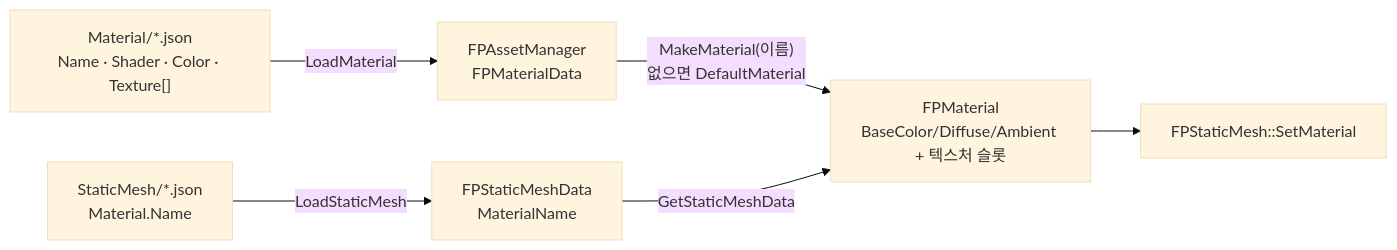
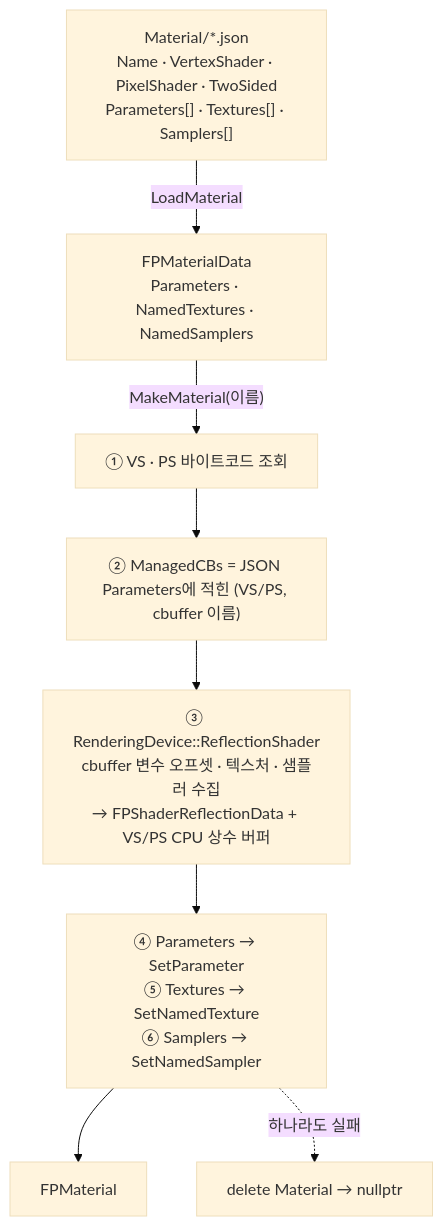
Diagram 12 of 16 in README.md (Gat-Young/ForestPearlEngine), drawn with Mermaid (base theme) before and after one commit. The commit also changed other lines of this file and 57 other files, not shown here.

Commit message:
:t-rex: : Shader Reflection, Update READM.md

````diff
--- a/README.md
+++ b/README.md
@@ -1283,8 +1285,10 @@
 ```mermaid
-flowchart LR
-    MJ["Material/*.json<br/>Name · Shader · Color · Texture[]"] -->|"LoadMaterial"| MD["FPAssetManager<br/>FPMaterialData"]
-    SMJ["StaticMesh/*.json<br/>Material.Name"] -->|"LoadStaticMesh"| SMD["FPStaticMeshData<br/>MaterialName"]
-    MD -->|"MakeMaterial(이름)<br/>없으면 DefaultMaterial"| FM["FPMaterial<br/>BaseColor/Diffuse/Ambient + 텍스처 슬롯"]
-    SMD -->|"GetStaticMeshData"| FM
-    FM --> SM["FPStaticMesh::SetMaterial"]
+flowchart TD
+    MJ["Material/*.json<br/>Name · VertexShader · PixelShader · TwoSided<br/>Parameters[] · Textures[] · Samplers[]"] -->|"LoadMaterial"| MD["FPMaterialData<br/>Parameters · NamedTextures · NamedSamplers"]
+    MD -->|"MakeMaterial(이름)"| S1["① VS · PS 바이트코드 조회"]
+    S1 --> S2["② ManagedCBs = JSON Parameters에 적힌 (VS/PS, cbuffer 이름)"]
+    S2 --> S3["③ RenderingDevice::ReflectionShader<br/>cbuffer 변수 오프셋 · 텍스처 · 샘플러 수집<br/>→ FPShaderReflectionData + VS/PS CPU 상수 버퍼"]
+    S3 --> S4["④ Parameters → SetParameter<br/>⑤ Textures → SetNamedTexture<br/>⑥ Samplers → SetNamedSampler"]
+    S4 --> FM["FPMaterial"]
+    S4 -.->|"하나라도 실패"| NIL["delete Material → nullptr"]
 ```
````
